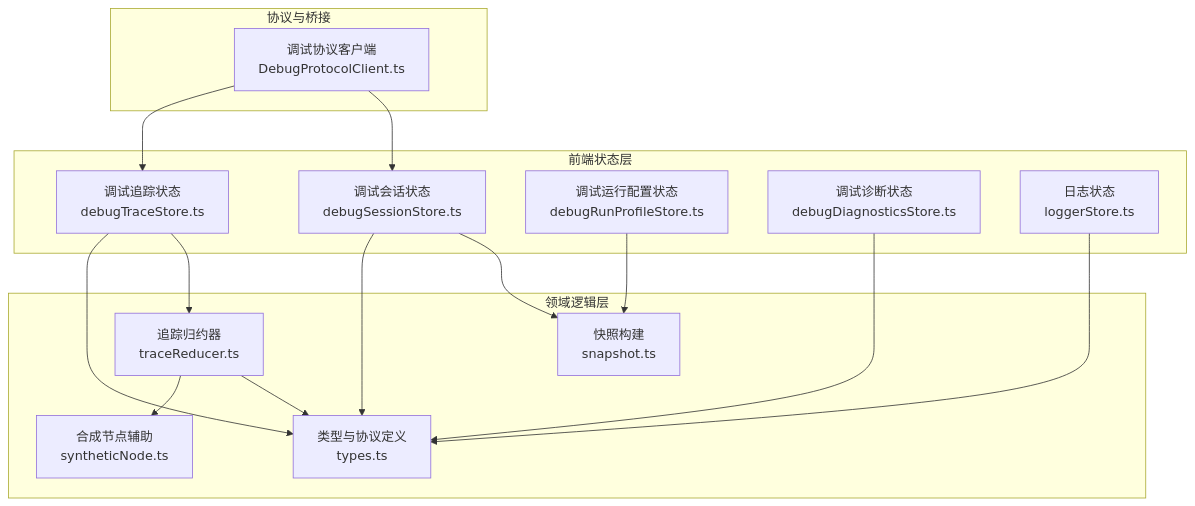
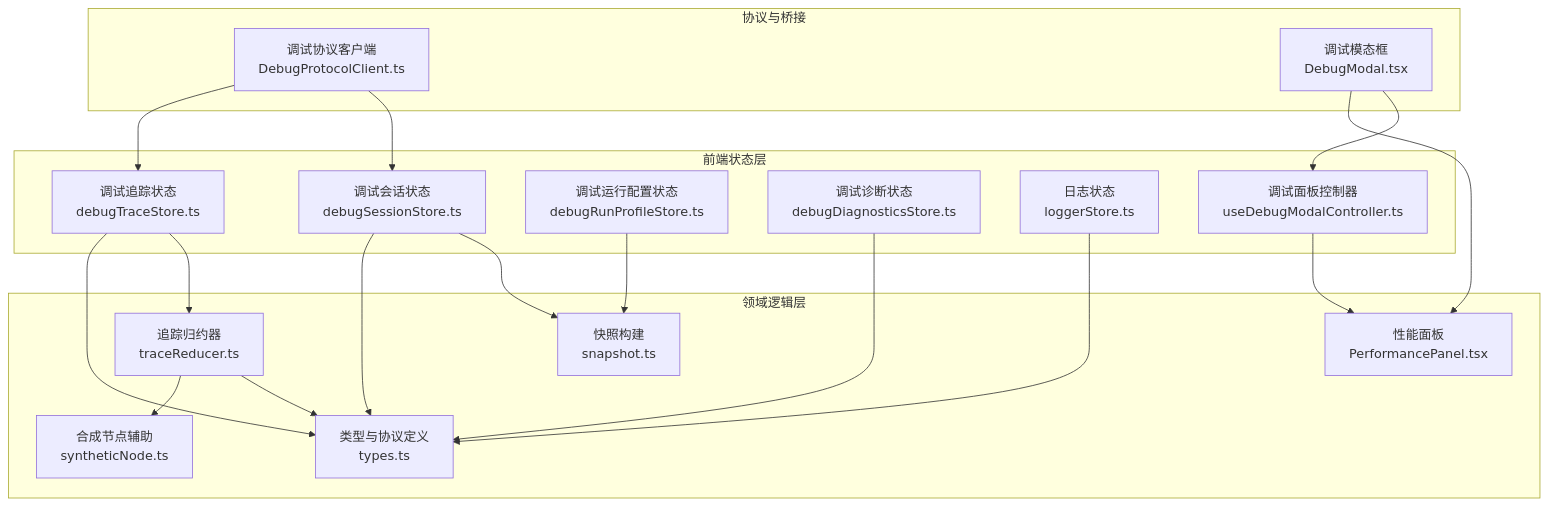
Before and after one commit to kqcoxn/MaaPipelineEditor: the first of 7 diagrams in .qoder/repowiki/zh/content/调试与诊断/性能监控.md, drawn with Mermaid. The commit also changed other lines of this file and 19 other files, not shown here.

````diff
--- a/.qoder/repowiki/zh/content/调试与诊断/性能监控.md
+++ b/.qoder/repowiki/zh/content/调试与诊断/性能监控.md
@@ -40,30 +54,36 @@
 ```mermaid
 graph TB
 subgraph "前端状态层"
 DTS["调试追踪状态<br/>debugTraceStore.ts"]
 DSS["调试会话状态<br/>debugSessionStore.ts"]
 DRPS["调试运行配置状态<br/>debugRunProfileStore.ts"]
 DDS["调试诊断状态<br/>debugDiagnosticsStore.ts"]
 LS["日志状态<br/>loggerStore.ts"]
+DMC["调试面板控制器<br/>useDebugModalController.ts"]
 end
 subgraph "领域逻辑层"
 TR["追踪归约器<br/>traceReducer.ts"]
 TYPES["类型与协议定义<br/>types.ts"]
 SN["合成节点辅助<br/>syntheticNode.ts"]
 SNAP["快照构建<br/>snapshot.ts"]
+PP["性能面板<br/>PerformancePanel.tsx"]
 end
 subgraph "协议与桥接"
 DPC["调试协议客户端<br/>DebugProtocolClient.ts"]
+DM["调试模态框<br/>DebugModal.tsx"]
 end
 DPC --> DSS
 DPC --> DTS
 DTS --> TR
 TR --> TYPES
 TR --> SN
 DSS --> SNAP
 DRPS --> SNAP
 DSS --> TYPES
 DTS --> TYPES
 DDS --> TYPES
 LS --> TYPES
+DMC --> PP
+DM --> DMC
+DM --> PP
 ```
````
